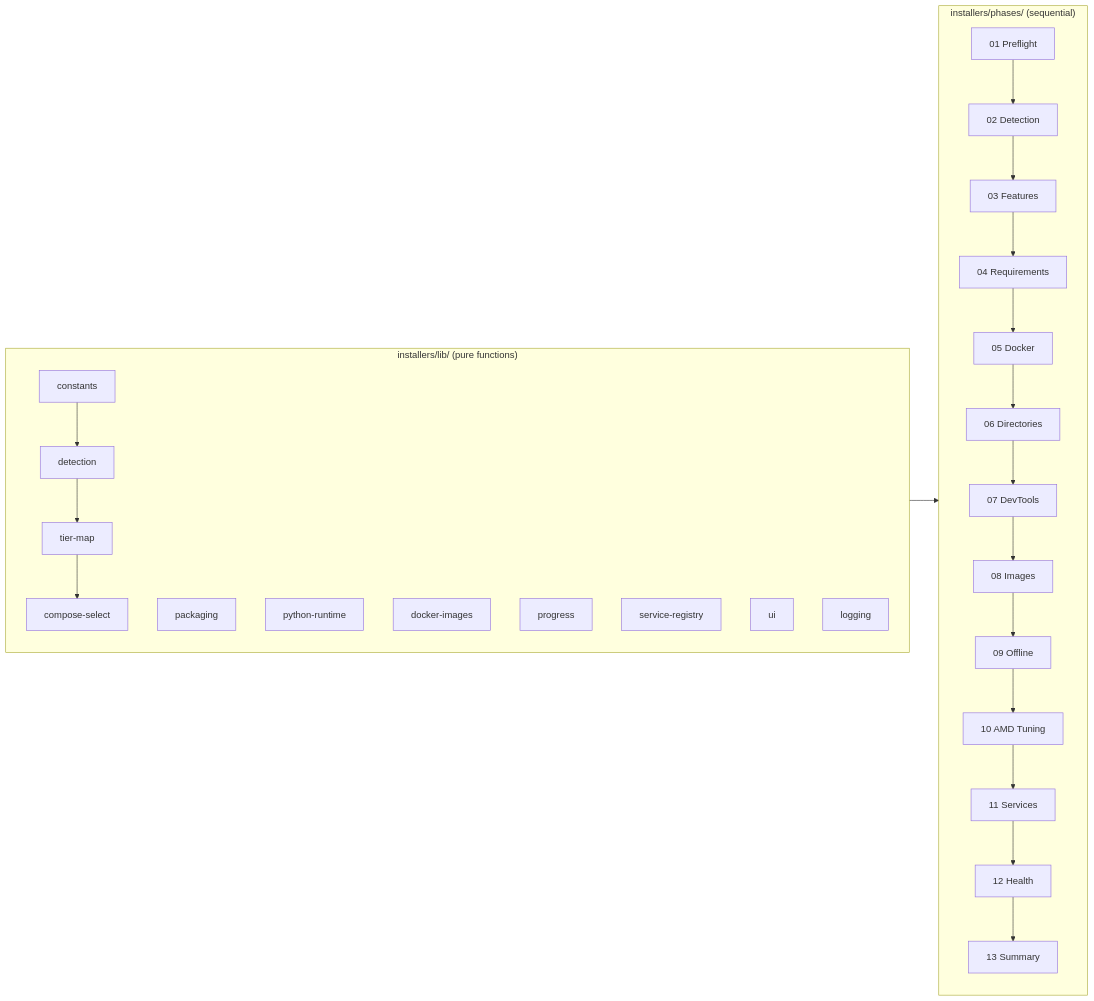
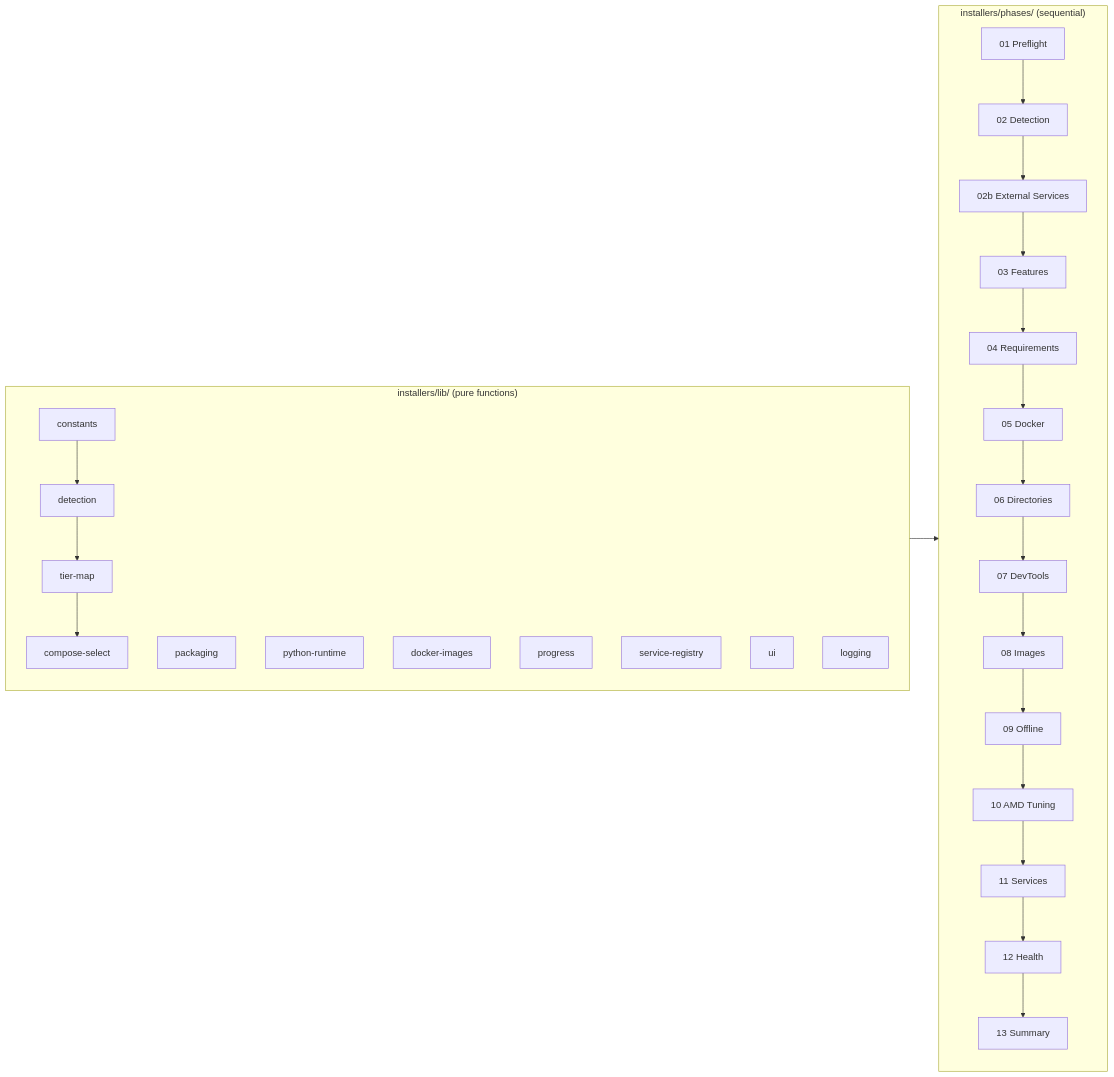
Before and after one commit to Light-Heart-Labs/Lighthouse-AI: the second of 3 diagrams in ARCHITECTURE.md, drawn with Mermaid. The commit also changed other lines of this file and 4 other files, not shown here.

````diff
--- a/ARCHITECTURE.md
+++ b/ARCHITECTURE.md
@@ -175,32 +175,33 @@
 ```mermaid
 graph LR
     subgraph Libraries["installers/lib/ (pure functions)"]
         C[constants] --> D[detection]
         D --> T[tier-map]
         T --> CS[compose-select]
         P[packaging]
         PY[python-runtime]
         DI[docker-images]
         PR[progress]
         SR[service-registry]
         U[ui]
         L[logging]
     end
 
     subgraph Phases["installers/phases/ (sequential)"]
         P01["01 Preflight"] --> P02["02 Detection"]
-        P02 --> P03["03 Features"]
+        P02 --> P02B["02b External Services"]
+        P02B --> P03["03 Features"]
         P03 --> P04["04 Requirements"]
         P04 --> P05["05 Docker"]
         P05 --> P06["06 Directories"]
         P06 --> P07["07 DevTools"]
         P07 --> P08["08 Images"]
         P08 --> P09["09 Offline"]
         P09 --> P10["10 AMD Tuning"]
         P10 --> P11["11 Services"]
         P11 --> P12["12 Health"]
         P12 --> P13["13 Summary"]
     end
 
     Libraries --> Phases
 ```
````
